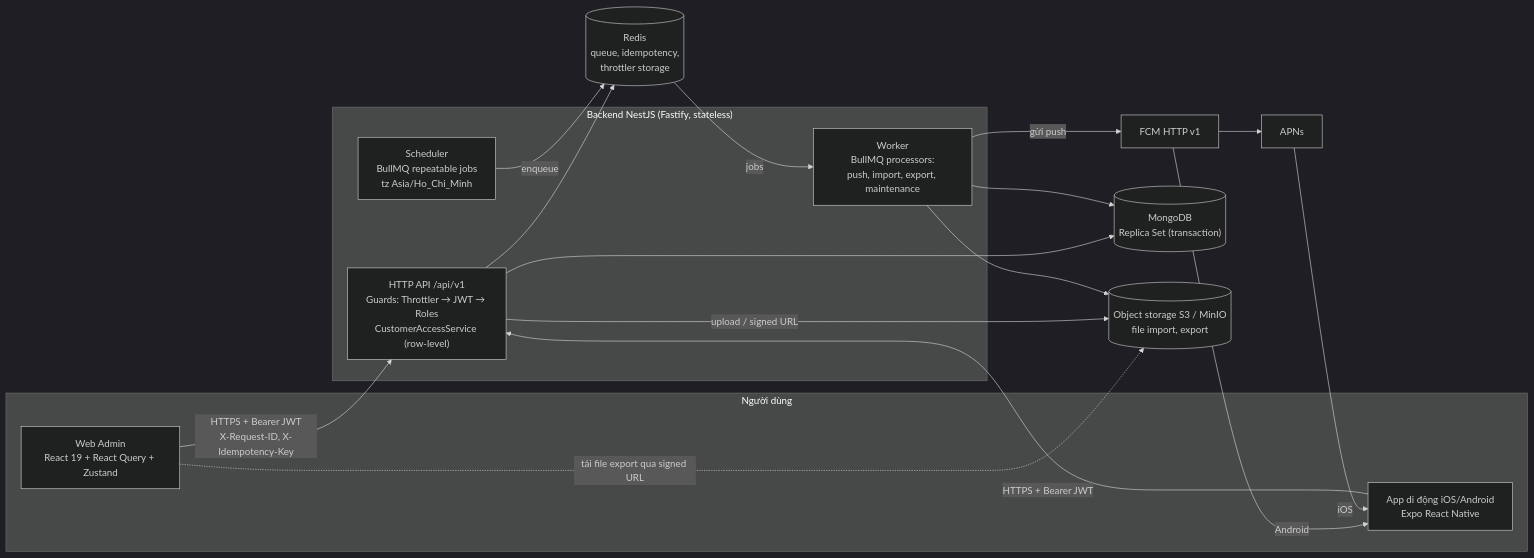
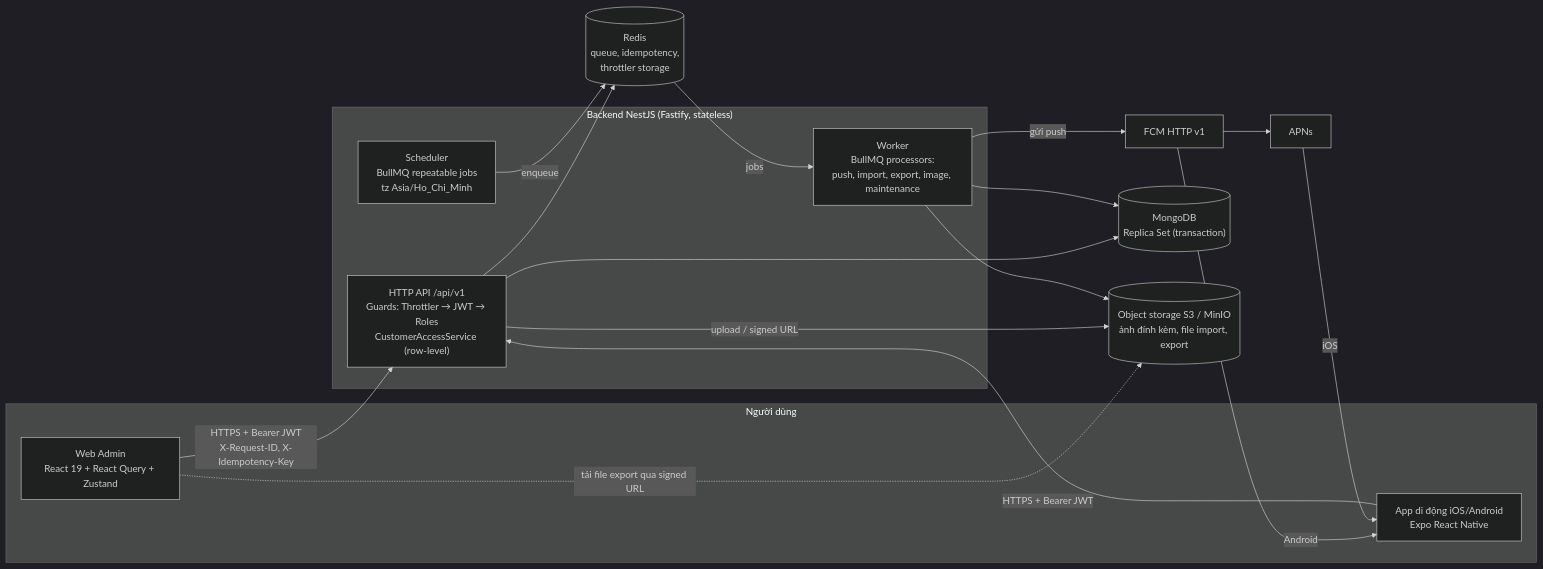
The first of 9 diagrams in docs/06_Module_Customer_Management/04_Tai_Lieu_Ky_Thuat_Module_Quan_Ly_Khach_Hang.md (hltn/RealEstateManager), drawn with Mermaid (dark theme) before and after one commit. The commit also changed other lines of this file and 101 other files, not shown here.

````diff
--- a/docs/06_Module_Customer_Management/04_Tai_Lieu_Ky_Thuat_Module_Quan_Ly_Khach_Hang.md
+++ b/docs/06_Module_Customer_Management/04_Tai_Lieu_Ky_Thuat_Module_Quan_Ly_Khach_Hang.md
@@ -34,34 +34,34 @@
 ```mermaid
 flowchart LR
   subgraph Clients["Người dùng"]
     WEB["Web Admin<br/>React 19 + React Query + Zustand"]
     MOB["App di động iOS/Android<br/>Expo React Native"]
   end
 
   subgraph BE["Backend NestJS (Fastify, stateless)"]
     API["HTTP API /api/v1<br/>Guards: Throttler → JWT → Roles<br/>CustomerAccessService (row-level)"]
-    WRK["Worker<br/>BullMQ processors:<br/>push, import, export, maintenance"]
+    WRK["Worker<br/>BullMQ processors:<br/>push, import, export, image, maintenance"]
     SCH["Scheduler<br/>BullMQ repeatable jobs<br/>tz Asia/Ho_Chi_Minh"]
   end
 
   DB[("MongoDB<br/>Replica Set (transaction)")]
   RDS[("Redis<br/>queue, idempotency,<br/>throttler storage")]
-  S3[("Object storage S3 / MinIO<br/>file import, export")]
+  S3[("Object storage S3 / MinIO<br/>ảnh đính kèm, file import, export")]
   FCM["FCM HTTP v1"]
   APNS["APNs"]
 
   WEB -- "HTTPS + Bearer JWT<br/>X-Request-ID, X-Idempotency-Key" --> API
   MOB -- "HTTPS + Bearer JWT" --> API
   API --> DB
   API --> RDS
   API -- "upload / signed URL" --> S3
   SCH -- "enqueue" --> RDS
   RDS -- "jobs" --> WRK
   WRK --> DB
   WRK --> S3
   WRK -- "gửi push" --> FCM
   FCM -- "Android" --> MOB
   FCM --> APNS
   APNS -- "iOS" --> MOB
   WEB -. "tải file export qua signed URL" .-> S3
 ```
````
